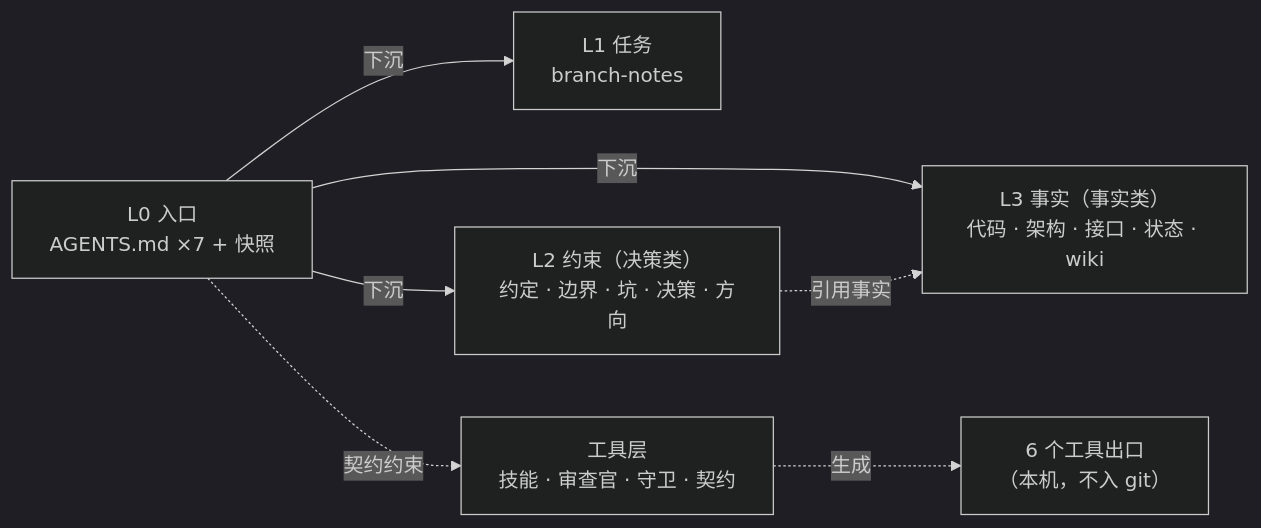
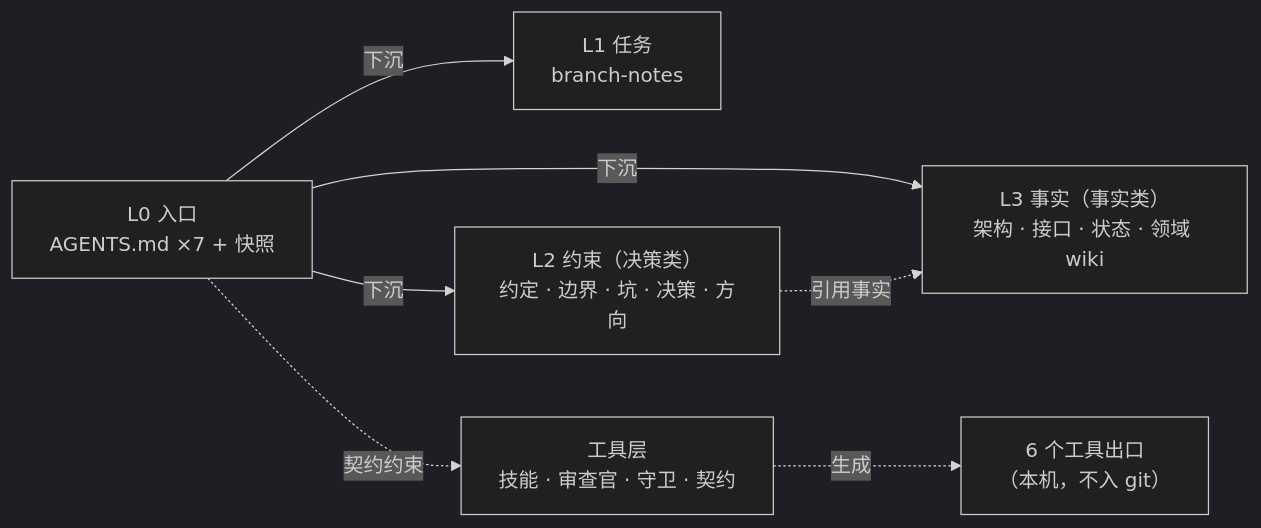
One commit to adaios/adaios changed the second of 7 diagrams in docs/architecture/ai-context-engineering.md. Above: the diagram before and after it, drawn with Mermaid (dark theme). The commit also changed other lines of this file, not shown here.

First line of the commit message:
docs(architecture): 方案稿边界修正——代码不是 AI 上下文资产

````diff
--- a/docs/architecture/ai-context-engineering.md
+++ b/docs/architecture/ai-context-engineering.md
@@ -98,15 +101,15 @@
 ```mermaid
 flowchart LR
     L0["L0 入口<br/>AGENTS.md ×7 + 快照"]
     L1["L1 任务<br/>branch-notes"]
     L2["L2 约束（决策类）<br/>约定 · 边界 · 坑 · 决策 · 方向"]
-    L3["L3 事实（事实类）<br/>代码 · 架构 · 接口 · 状态 · wiki"]
+    L3["L3 事实（事实类）<br/>架构 · 接口 · 状态 · 领域 wiki"]
     TL["工具层<br/>技能 · 审查官 · 守卫 · 契约"]
     EX["6 个工具出口<br/>（本机，不入 git）"]
     L0 -->|下沉| L1
     L0 -->|下沉| L2
     L0 -->|下沉| L3
     L0 -.->|契约约束| TL
     L2 -.->|引用事实| L3
     TL -.->|生成| EX
 ```
````
